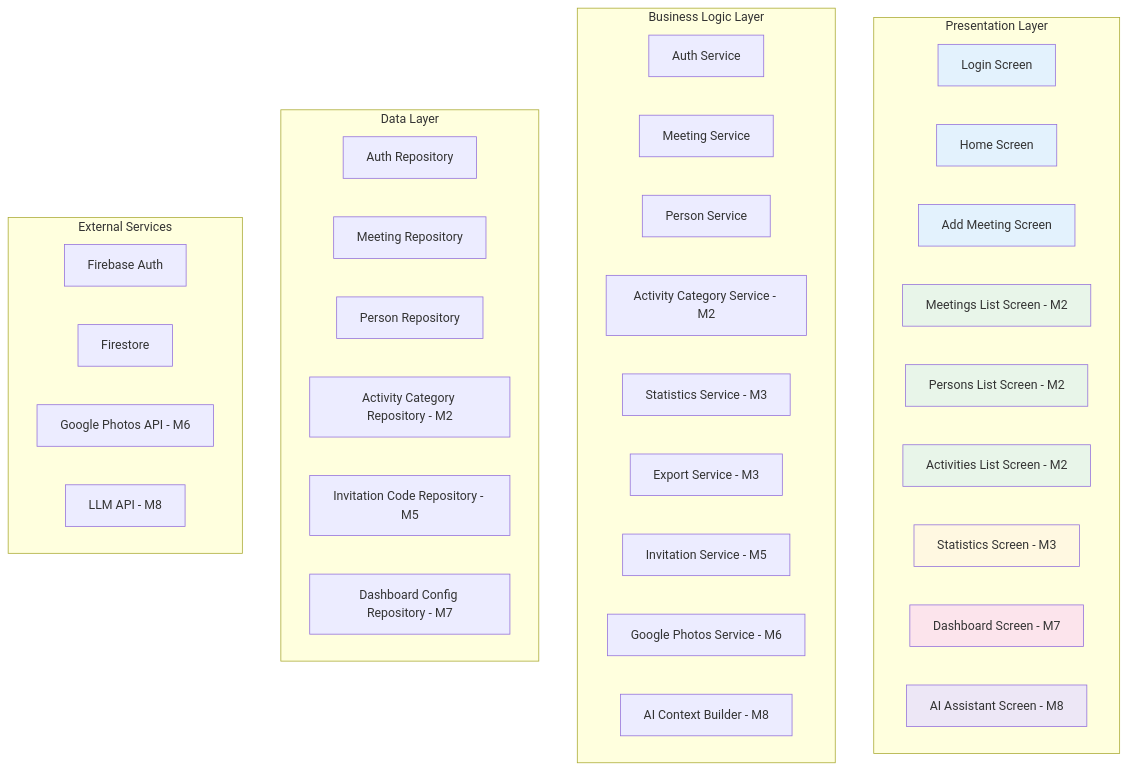
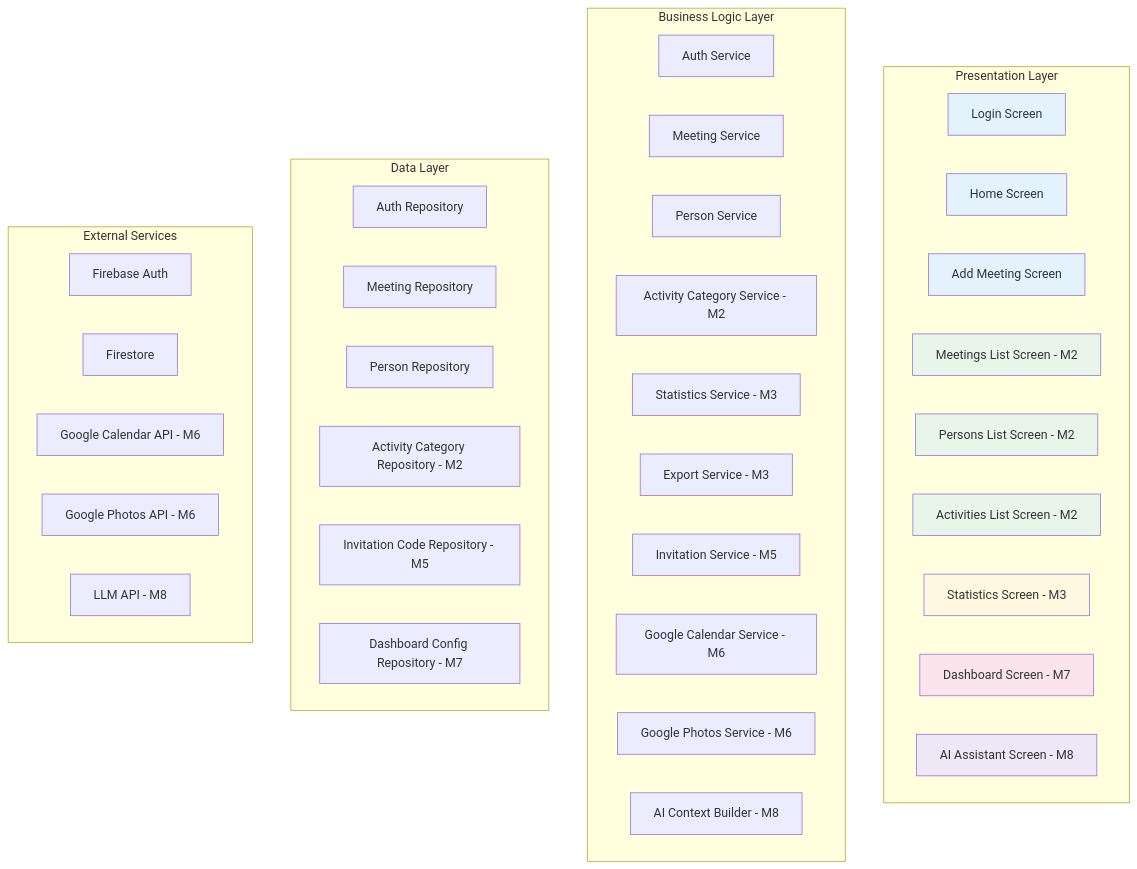
Before and after one commit to aleksanderginalski/Friendsheet-App: the third of 5 diagrams in docs/architecture.md, drawn with Mermaid. The commit also changed other lines of this file and 74 other files, not shown here.

````diff
--- a/docs/architecture.md
+++ b/docs/architecture.md
@@ -121,52 +124,54 @@
 ```mermaid
 graph TB
     subgraph "Presentation Layer"
         A1[Login Screen]
         A2[Home Screen]
         A3[Add Meeting Screen]
         A4[Meetings List Screen - M2]
         A5[Persons List Screen - M2]
         A6[Activities List Screen - M2]
         A7[Statistics Screen - M3]
         A8[Dashboard Screen - M7]
         A9[AI Assistant Screen - M8]
     end
     
     subgraph "Business Logic Layer"
         B1[Auth Service]
         B2[Meeting Service]
         B3[Person Service]
         B4[Activity Category Service - M2]
         B5[Statistics Service - M3]
         B6[Export Service - M3]
         B7[Invitation Service - M5]
-        B8[Google Photos Service - M6]
+        B8[Google Calendar Service - M6]
+        B8b[Google Photos Service - M6]
         B9[AI Context Builder - M8]
     end
     
     subgraph "Data Layer"
         C1[Auth Repository]
         C2[Meeting Repository]
         C3[Person Repository]
         C4[Activity Category Repository - M2]
         C5[Invitation Code Repository - M5]
         C6[Dashboard Config Repository - M7]
     end
     
     subgraph "External Services"
         D1[Firebase Auth]
         D2[Firestore]
-        D3[Google Photos API - M6]
+        D3[Google Calendar API - M6]
+        D3b[Google Photos API - M6]
         D4[LLM API - M8]
     end
     
     style A1 fill:#E3F2FD
     style A2 fill:#E3F2FD
     style A3 fill:#E3F2FD
     style A4 fill:#E8F5E9
     style A5 fill:#E8F5E9
     style A6 fill:#E8F5E9
     style A7 fill:#FFF8E1
     style A8 fill:#FCE4EC
     style A9 fill:#EDE7F6
 ```
````
